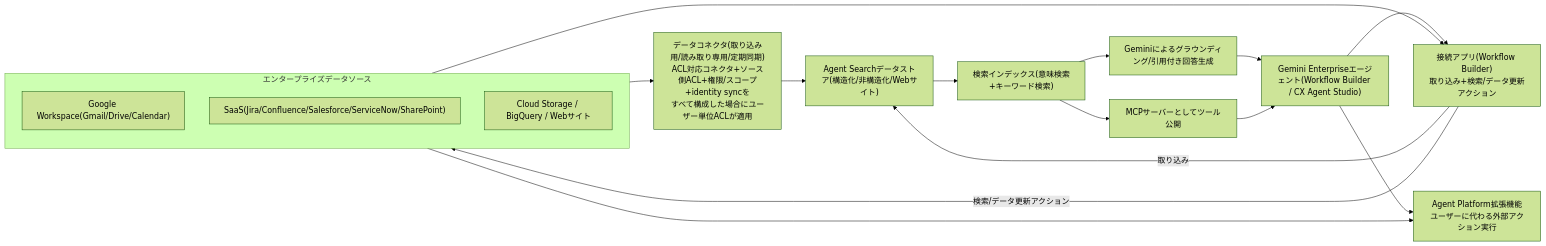
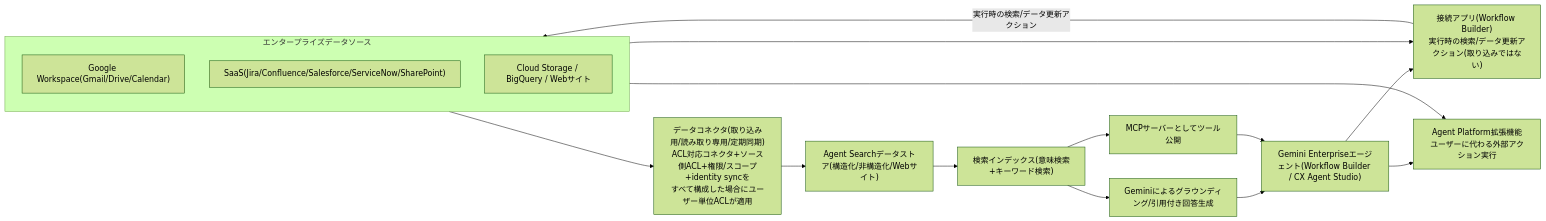
Before and after one commit to myoshi2891/Cloud-Infrastructure-Studies: the sixth of 7 diagrams in Professional-agentic-architect-section1.md, drawn with Mermaid (forest theme). The commit also changed other lines of this file and 2 other files, not shown here.

Commit message:
docs(agentic-architect): add section 4 study guide and refine sections 1-2 content

````diff
--- a/Professional-agentic-architect-section1.md
+++ b/Professional-agentic-architect-section1.md
@@ -299,21 +299,20 @@
 ```mermaid
 flowchart LR
     subgraph Sources["エンタープライズデータソース"]
         S1["Google Workspace(Gmail/Drive/Calendar)"]
         S2["SaaS(Jira/Confluence/Salesforce/ServiceNow/SharePoint)"]
         S3["Cloud Storage / BigQuery / Webサイト"]
     end
     Sources --> Conn["データコネクタ(取り込み用/読み取り専用/定期同期)<br/>ACL対応コネクタ+ソース側ACL+権限/スコープ+identity syncを<br/>すべて構成した場合にユーザー単位ACLが適用"]
-    Sources --> ConnApp["接続アプリ(Workflow Builder)<br/>取り込み+検索/データ更新アクション"]
+    Sources --> ConnApp["接続アプリ(Workflow Builder)<br/>実行時の検索/データ更新アクション(取り込みではない)"]
     Sources --> Ext["Agent Platform拡張機能<br/>ユーザーに代わる外部アクション実行"]
     Conn --> DS["Agent Searchデータストア(構造化/非構造化/Webサイト)"]
-    ConnApp -- "取り込み" --> DS
-    ConnApp -- "検索/データ更新アクション" --> Sources
+    ConnApp -- "実行時の検索/データ更新アクション" --> Sources
     DS --> Index["検索インデックス(意味検索+キーワード検索)"]
     Index --> Ground["Geminiによるグラウンディング/引用付き回答生成"]
     Ground --> Agent["Gemini Enterpriseエージェント(Workflow Builder / CX Agent Studio)"]
     Index --> MCP["MCPサーバーとしてツール公開"]
     MCP --> Agent
     Agent --> ConnApp
     Agent --> Ext
 ```
````
